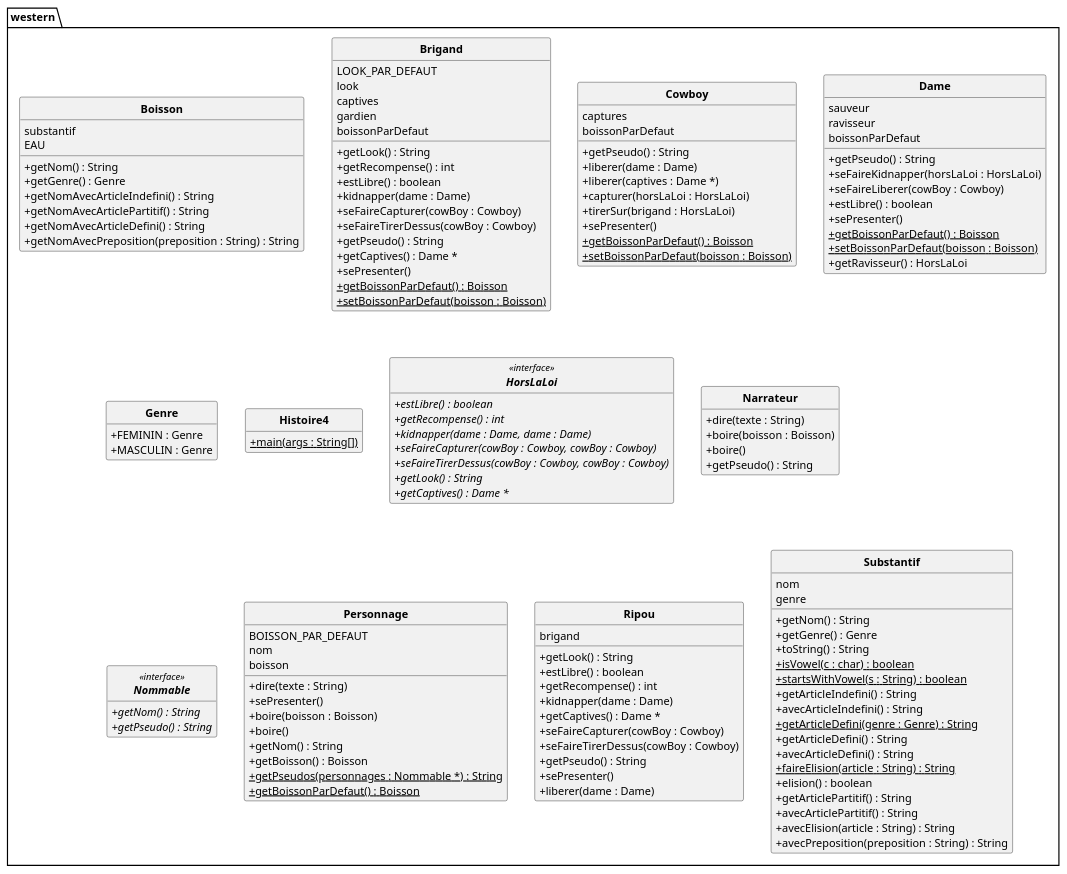
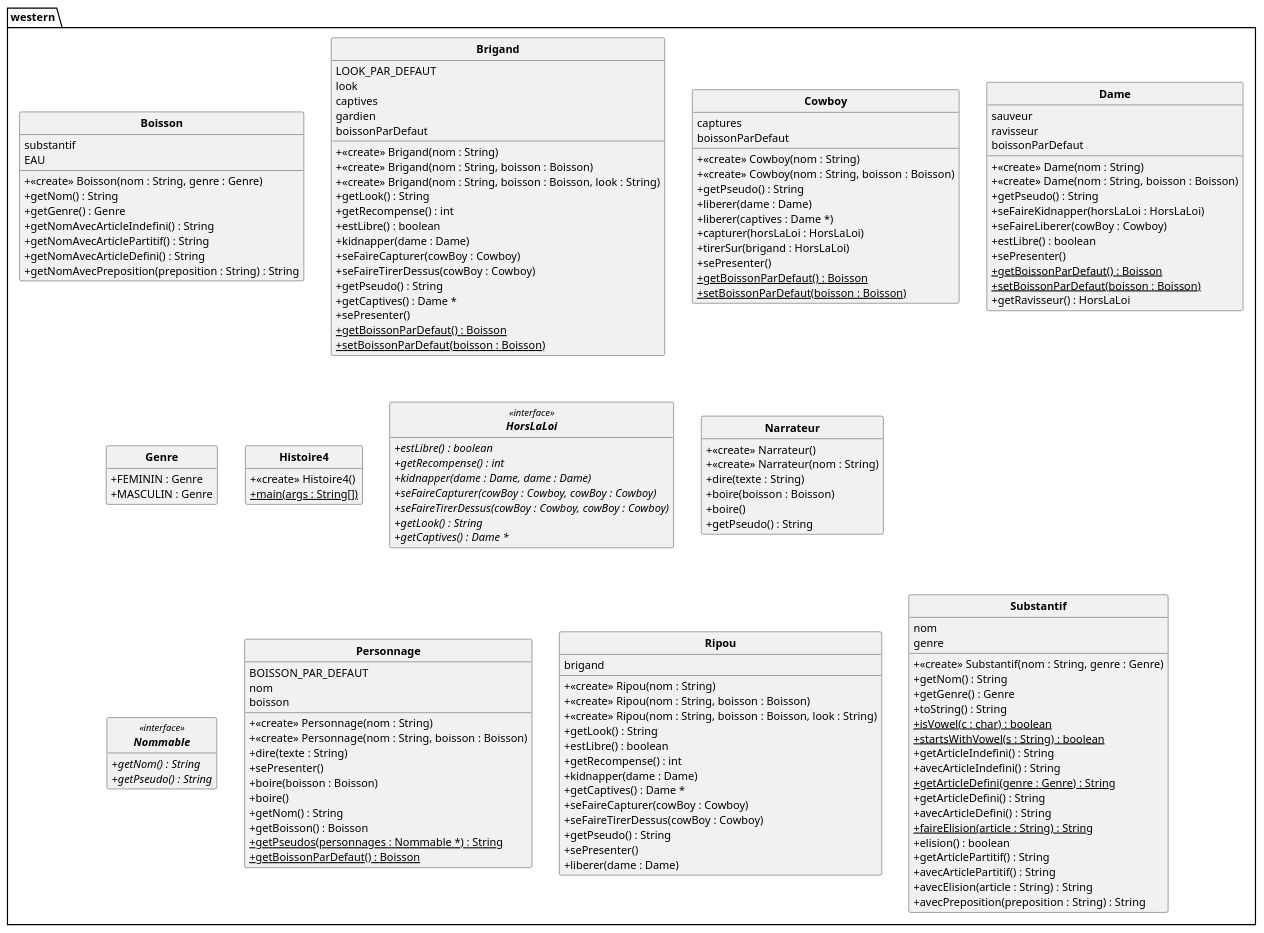
The diagram in out/production/p21_projet/pumlFromJava/westernClass.puml (DimToups/Java-to-PUML-converter), drawn with PlantUML before and after one commit. The commit also changed 6 other files, not shown here.

```diff
--- a/out/production/p21_projet/pumlFromJava/westernClass.puml
+++ b/out/production/p21_projet/pumlFromJava/westernClass.puml
@@ -1,149 +1,166 @@
 @startuml
 'https://plantuml.com/class-diagram
 skinparam style strictuml
 skinparam classAttributeIconSize 0
 skinparam classFontStyle Bold
 
 hide empty members
 
 package western{
 class Boisson{
 substantif
 EAU
++ <<create>> Boisson(nom : String, genre : Genre)
 + getNom() : String
 + getGenre() : Genre
 + getNomAvecArticleIndefini() : String
 + getNomAvecArticlePartitif() : String
 + getNomAvecArticleDefini() : String
 + getNomAvecPreposition(preposition : String) : String
 }
 
 class Brigand{
 LOOK_PAR_DEFAUT
 look
 captives
 gardien
 boissonParDefaut
++ <<create>> Brigand(nom : String)
++ <<create>> Brigand(nom : String, boisson : Boisson)
++ <<create>> Brigand(nom : String, boisson : Boisson, look : String)
 + getLook() : String
 + getRecompense() : int
 + estLibre() : boolean
 + kidnapper(dame : Dame)
 + seFaireCapturer(cowBoy : Cowboy)
 + seFaireTirerDessus(cowBoy : Cowboy)
 + getPseudo() : String
 + getCaptives() : Dame *
 + sePresenter()
 + getBoissonParDefaut() {static} : Boisson
 + setBoissonParDefaut(boisson : Boisson) {static}
 }
 
 class Cowboy{
 captures
 boissonParDefaut
++ <<create>> Cowboy(nom : String)
++ <<create>> Cowboy(nom : String, boisson : Boisson)
 + getPseudo() : String
 + liberer(dame : Dame)
 + liberer(captives : Dame *)
 + capturer(horsLaLoi : HorsLaLoi)
 + tirerSur(brigand : HorsLaLoi)
 + sePresenter()
 + getBoissonParDefaut() {static} : Boisson
 + setBoissonParDefaut(boisson : Boisson) {static}
 }
 
 class Dame{
 sauveur
 ravisseur
 boissonParDefaut
++ <<create>> Dame(nom : String)
++ <<create>> Dame(nom : String, boisson : Boisson)
 + getPseudo() : String
 + seFaireKidnapper(horsLaLoi : HorsLaLoi)
 + seFaireLiberer(cowBoy : Cowboy)
 + estLibre() : boolean
 + sePresenter()
 + getBoissonParDefaut() {static} : Boisson
 + setBoissonParDefaut(boisson : Boisson) {static}
 + getRavisseur() : HorsLaLoi
 }
 
 class Genre{
 + FEMININ : Genre
 + MASCULIN : Genre
 }
 
 class Histoire4{
++ <<create>> Histoire4()
 + main(args : String[]) {static}
 }
 
 interface HorsLaLoi<<interface>>{
 + estLibre() {abstract} : boolean
 + getRecompense() {abstract} : int
 + kidnapper(dame : Dame, dame : Dame) {abstract}
 + seFaireCapturer(cowBoy : Cowboy, cowBoy : Cowboy) {abstract}
 + seFaireTirerDessus(cowBoy : Cowboy, cowBoy : Cowboy) {abstract}
 + getLook() {abstract} : String
 + getCaptives() {abstract} : Dame *
 }
 
 class Narrateur{
++ <<create>> Narrateur()
++ <<create>> Narrateur(nom : String)
 + dire(texte : String)
 + boire(boisson : Boisson)
 + boire()
 + getPseudo() : String
 }
 
 interface Nommable<<interface>>{
 + getNom() {abstract} : String
 + getPseudo() {abstract} : String
 }
 
 class Personnage{
 BOISSON_PAR_DEFAUT
 nom
 boisson
++ <<create>> Personnage(nom : String)
++ <<create>> Personnage(nom : String, boisson : Boisson)
 + dire(texte : String)
 + sePresenter()
 + boire(boisson : Boisson)
 + boire()
 + getNom() : String
 + getBoisson() : Boisson
 + getPseudos(personnages : Nommable *) {static} : String
 + getBoissonParDefaut() {static} : Boisson
 }
 
 class Ripou{
 brigand
++ <<create>> Ripou(nom : String)
++ <<create>> Ripou(nom : String, boisson : Boisson)
++ <<create>> Ripou(nom : String, boisson : Boisson, look : String)
 + getLook() : String
 + estLibre() : boolean
 + getRecompense() : int
 + kidnapper(dame : Dame)
 + getCaptives() : Dame *
 + seFaireCapturer(cowBoy : Cowboy)
 + seFaireTirerDessus(cowBoy : Cowboy)
 + getPseudo() : String
 + sePresenter()
 + liberer(dame : Dame)
 }
 
 class Substantif{
 nom
 genre
++ <<create>> Substantif(nom : String, genre : Genre)
 + getNom() : String
 + getGenre() : Genre
 + toString() : String
 + isVowel(c : char) {static} : boolean
 + startsWithVowel(s : String) {static} : boolean
 + getArticleIndefini() : String
 + avecArticleIndefini() : String
 + getArticleDefini(genre : Genre) {static} : String
 + getArticleDefini() : String
 + avecArticleDefini() : String
 + faireElision(article : String) {static} : String
 + elision() : boolean
 + getArticlePartitif() : String
 + avecArticlePartitif() : String
 + avecElision(article : String) : String
 + avecPreposition(preposition : String) : String
 }
 
 
 }
 @enduml
```
